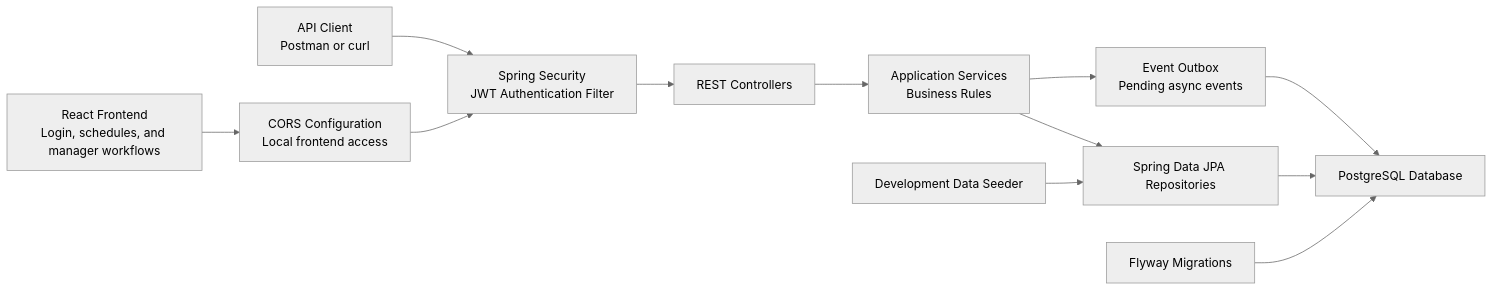
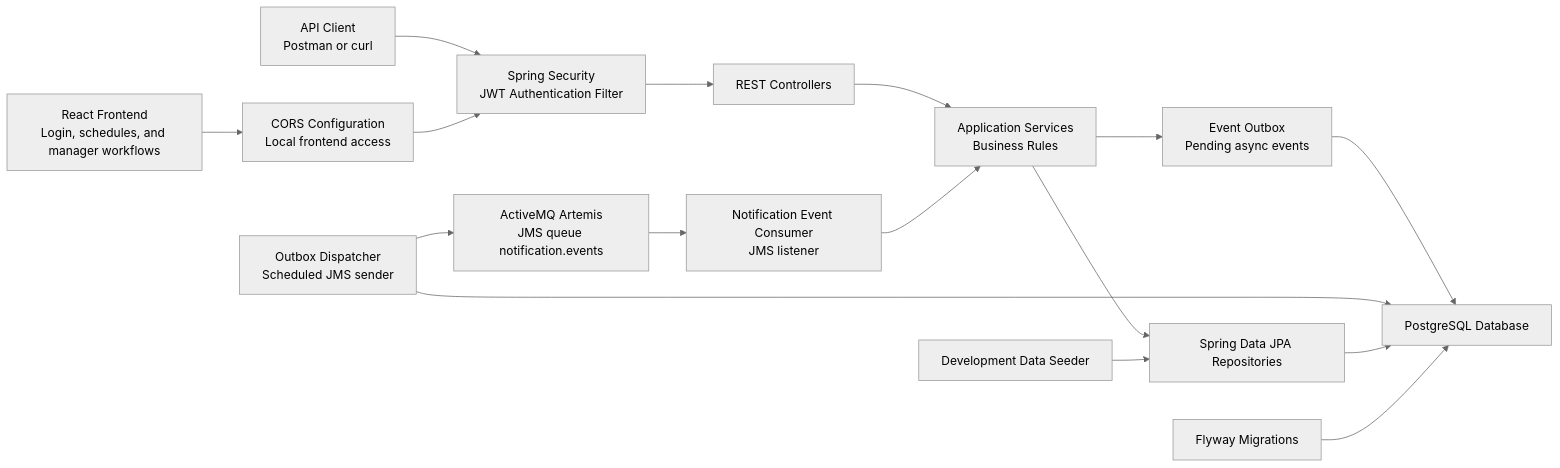
Before and after one commit to HiliMor/shift-management-system: the first of 16 diagrams in docs/current-backend-architecture.md, drawn with Mermaid (neutral theme). The commit also changed other lines of this file and 15 other files, not shown here.

Commit message:
Notifications: add JMS delivery flow

````diff
--- a/docs/current-backend-architecture.md
+++ b/docs/current-backend-architecture.md
@@ -9,26 +9,33 @@
 ```mermaid
 flowchart LR
     react["React Frontend<br/>Login, schedules, and manager workflows"]
     apiClient["API Client<br/>Postman or curl"]
     security["Spring Security<br/>JWT Authentication Filter"]
     cors["CORS Configuration<br/>Local frontend access"]
     controllers["REST Controllers"]
     services["Application Services<br/>Business Rules"]
     outbox["Event Outbox<br/>Pending async events"]
+    dispatcher["Outbox Dispatcher<br/>Scheduled JMS sender"]
+    jms["ActiveMQ Artemis<br/>JMS queue notification.events"]
+    consumer["Notification Event Consumer<br/>JMS listener"]
     repositories["Spring Data JPA Repositories"]
     database["PostgreSQL Database"]
     flyway["Flyway Migrations"]
     seed["Development Data Seeder"]
 
     react --> cors
     apiClient --> security
     cors --> security
     security --> controllers
     controllers --> services
     services --> outbox
     services --> repositories
     outbox --> database
+    dispatcher --> database
+    dispatcher --> jms
+    jms --> consumer
+    consumer --> services
     repositories --> database
     flyway --> database
     seed --> repositories
 ```
````
